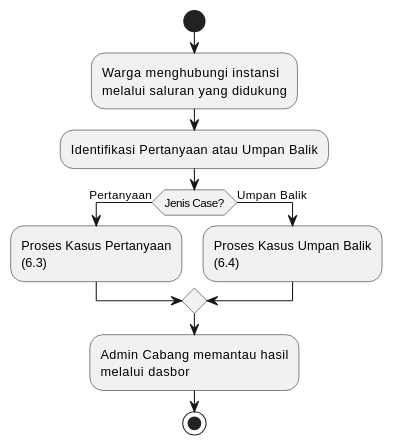
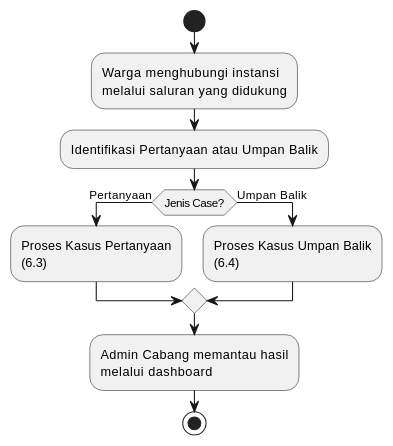
Before and after one commit to jimmytobing/virtusa: the fifth of 26 diagrams in doc/SADD Task 2 - Bahasa Indonesia.md, drawn with PlantUML. The commit also changed other lines of this file, not shown here.

````diff
--- a/doc/SADD Task 2 - Bahasa Indonesia.md
+++ b/doc/SADD Task 2 - Bahasa Indonesia.md
@@ -422,18 +424,18 @@
 ```plantuml
 @startuml
 start
 
 :Warga menghubungi instansi\nmelalui saluran yang didukung;
 :Identifikasi Pertanyaan atau Umpan Balik;
 
 if (Jenis Case?) then (Pertanyaan)
   :Proses Kasus Pertanyaan\n(6.3);
 else (Umpan Balik)
   :Proses Kasus Umpan Balik\n(6.4);
 endif
 
-:Admin Cabang memantau hasil\nmelalui dasbor;
+:Admin Cabang memantau hasil\nmelalui dashboard;
 
 stop
 @enduml
 ```
````
